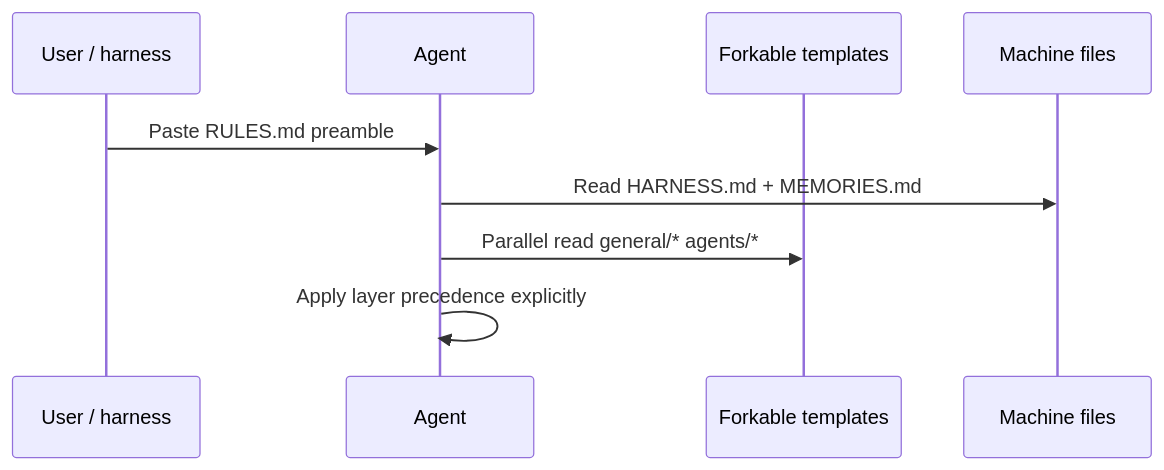
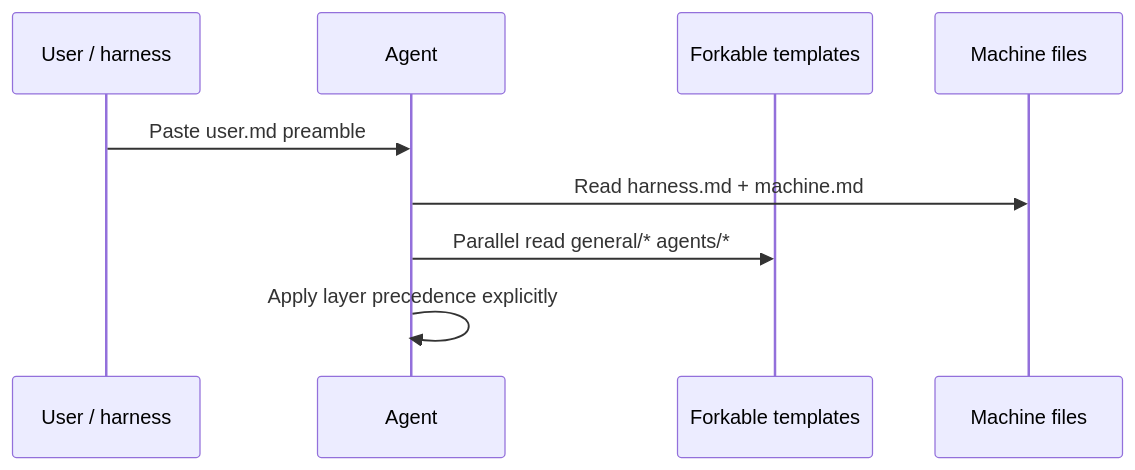
Before and after one commit to dev-centr/agent-rules: the third of 4 diagrams in docs/modules/ROOT/pages/harness-neutral.adoc, drawn with Mermaid. The commit also changed other lines of this file and 36 other files, not shown here.

First line of the commit message:
Rename layers to user.md, harness.md, machine.md.

```diff
--- a/docs/modules/ROOT/pages/harness-neutral.adoc
+++ b/docs/modules/ROOT/pages/harness-neutral.adoc
@@ -134,12 +134,12 @@
 [mermaid]
 ....
 sequenceDiagram
   participant U as User / harness
   participant A as Agent
   participant T as Forkable templates
   participant M as Machine files
-  U->>A: Paste RULES.md preamble
-  A->>M: Read HARNESS.md + MEMORIES.md
+  U->>A: Paste user.md preamble
+  A->>M: Read harness.md + machine.md
   A->>T: Parallel read general/* agents/*
   A->>A: Apply layer precedence explicitly
 ....
```
